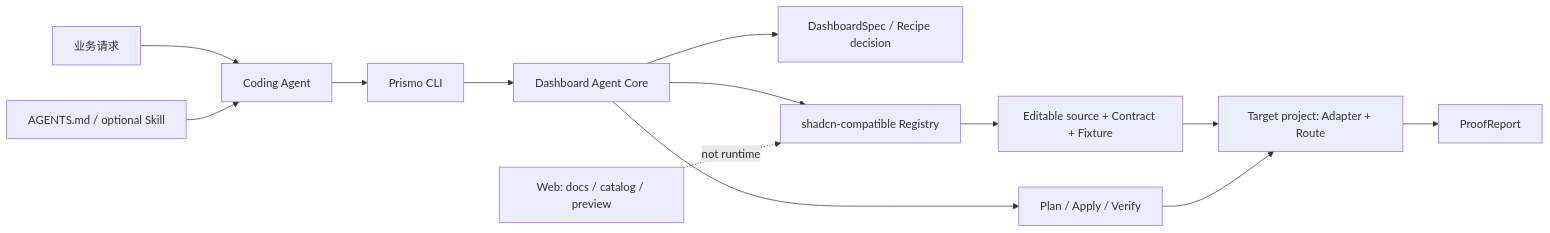
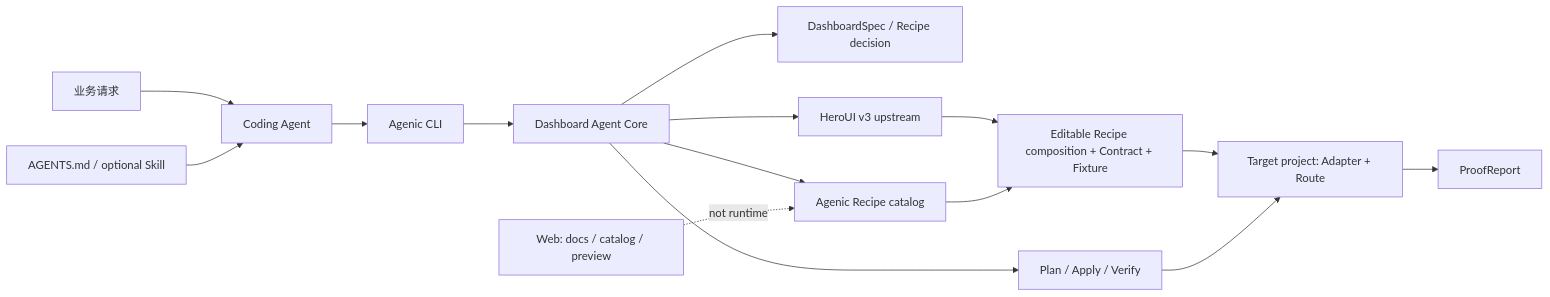
Before and after one commit to ckken/prismo: the diagram in docs/product/cli-first-baseline.md, drawn with Mermaid. The commit also changed other lines of this file and 60 other files, not shown here.

Commit message:
feat: rebrand as Agenic with HeroUI foundation

````diff
--- a/docs/product/cli-first-baseline.md
+++ b/docs/product/cli-first-baseline.md
@@ -47,15 +47,17 @@
 ```mermaid
 flowchart LR
   U["业务请求"] --> A["Coding Agent"]
   G["AGENTS.md / optional Skill"] --> A
-  A --> C["Prismo CLI"]
+  A --> C["Agenic CLI"]
   C --> D["Dashboard Agent Core"]
   D --> S["DashboardSpec / Recipe decision"]
-  D --> R["shadcn-compatible Registry"]
+  D --> H["HeroUI v3 upstream"]
+  D --> R["Agenic Recipe catalog"]
   D --> P["Plan / Apply / Verify"]
-  R --> T["Editable source + Contract + Fixture"]
+  H --> T["Editable Recipe composition + Contract + Fixture"]
+  R --> T
   T --> X["Target project: Adapter + Route"]
   P --> X
   X --> E["ProofReport"]
   W["Web: docs / catalog / preview"] -. "not runtime" .-> R
 ```
````
